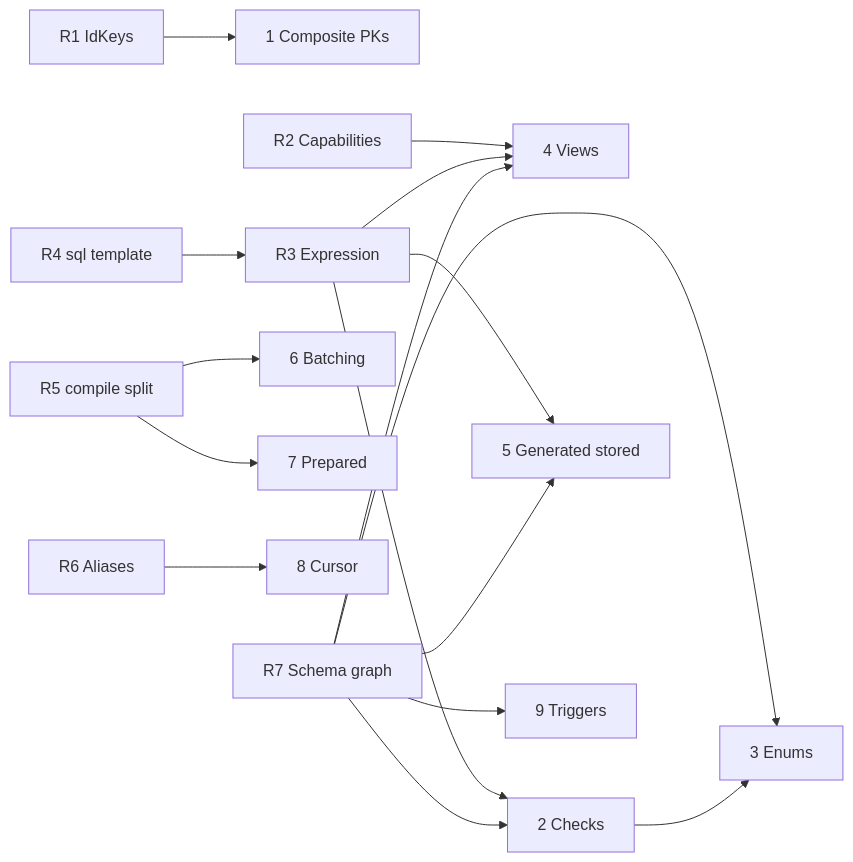
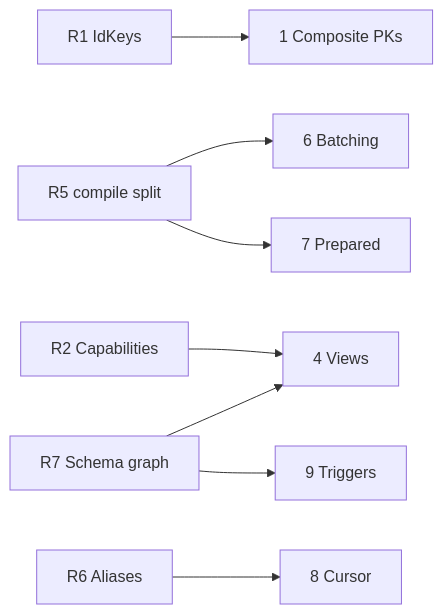
One commit to rogerpadilla/uql changed the diagram in roadmap.md. Above: the diagram before and after it, drawn with Mermaid. The commit also changed other lines of this file and 15 other files, not shown here.

````diff
--- a/roadmap.md
+++ b/roadmap.md
@@ -341,18 +147,10 @@
 ```mermaid
 graph LR
   R1[R1 IdKeys] --> F1[1 Composite PKs]
   R2[R2 Capabilities] --> F4[4 Views]
-  R3[R3 Expression] --> F2[2 Checks]
-  R3 --> F4
-  R3 --> F5[5 Generated stored]
-  R4[R4 sql template] --> R3
   R5[R5 compile split] --> F6[6 Batching]
   R5 --> F7[7 Prepared]
   R6[R6 Aliases] --> F8[8 Cursor]
-  R7[R7 Schema graph] --> F2
-  R7 --> F3[3 Enums]
-  R7 --> F4
-  R7 --> F5
+  R7[R7 Schema graph] --> F4
   R7 --> F9[9 Triggers]
-  F2 --> F3
 ```
````
